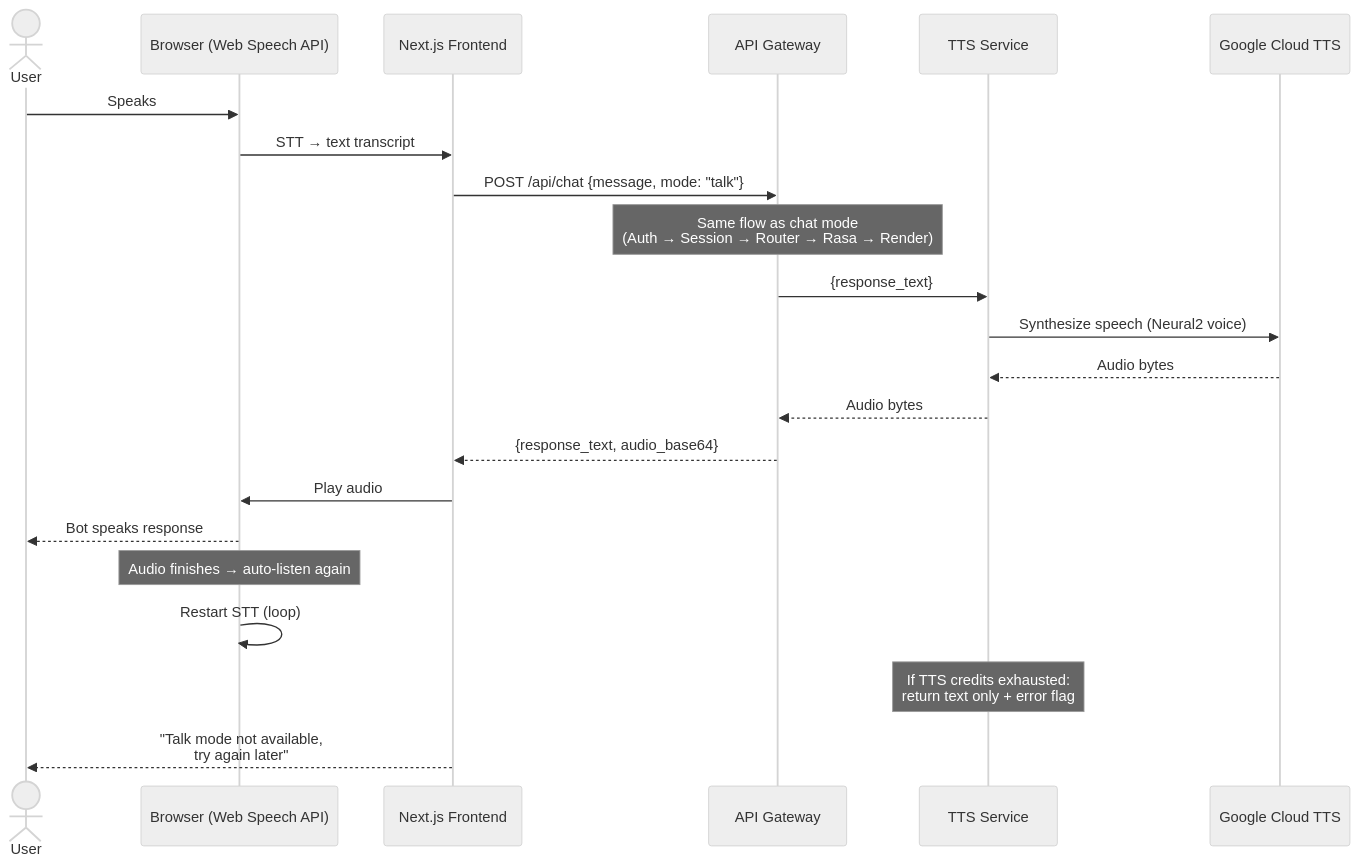
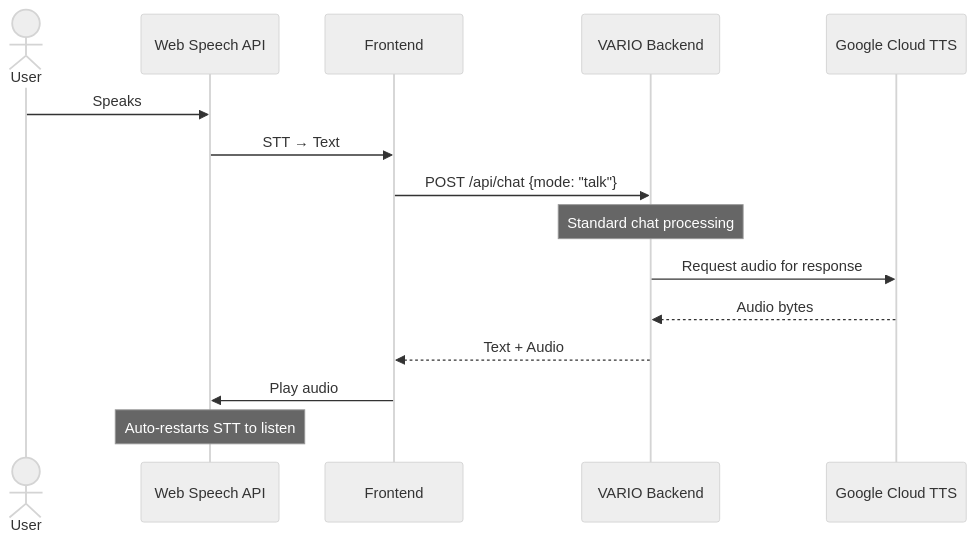
One commit to V-A-R-I-O/vario changed the third of 4 diagrams in docs/ADD.md. Above: the diagram before and after it, drawn with Mermaid (neutral theme). The commit also changed other lines of this file and 8 other files, not shown here.

````diff
--- a/docs/ADD.md
+++ b/docs/ADD.md
@@ -166,30 +90,18 @@
 ```mermaid
 sequenceDiagram
     actor User
-    participant Browser as Browser (Web Speech API)
-    participant FE as Next.js Frontend
-    participant GW as API Gateway
-    participant TTS as TTS Service
-    participant GCTTS as Google Cloud TTS
+    participant Browser as Web Speech API
+    participant FE as Frontend
+    participant VARIO as VARIO Backend
+    participant TTS as Google Cloud TTS
 
     User->>Browser: Speaks
-    Browser->>FE: STT → text transcript
-    FE->>GW: POST /api/chat {message, mode: "talk"}
-
-    Note over GW: Same flow as chat mode<br/>(Auth → Session → Router → Rasa → Render)
-
-    GW->>TTS: {response_text}
-    TTS->>GCTTS: Synthesize speech (Neural2 voice)
-    GCTTS-->>TTS: Audio bytes
-    TTS-->>GW: Audio bytes
-
-    GW-->>FE: {response_text, audio_base64}
+    Browser->>FE: STT → Text
+    FE->>VARIO: POST /api/chat {mode: "talk"}
+    Note over VARIO: Standard chat processing
+    VARIO->>TTS: Request audio for response
+    TTS-->>VARIO: Audio bytes
+    VARIO-->>FE: Text + Audio
     FE->>Browser: Play audio
-    Browser-->>User: Bot speaks response
-
-    Note over Browser: Audio finishes → auto-listen again
-    Browser->>Browser: Restart STT (loop)
-
-    Note over TTS: If TTS credits exhausted:<br/>return text only + error flag
-    FE-->>User: "Talk mode not available,<br/>try again later"
+    Note over Browser: Auto-restarts STT to listen
 ```
````
